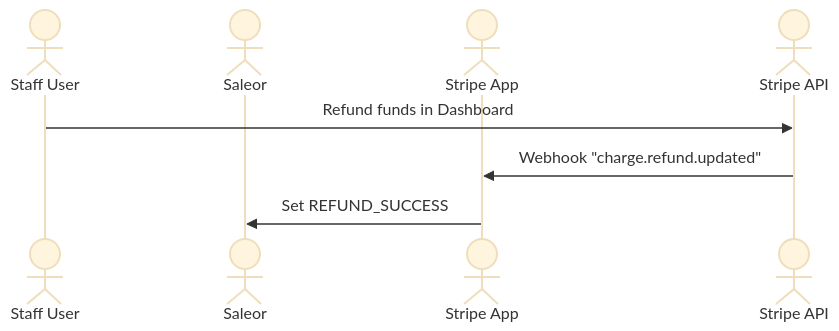
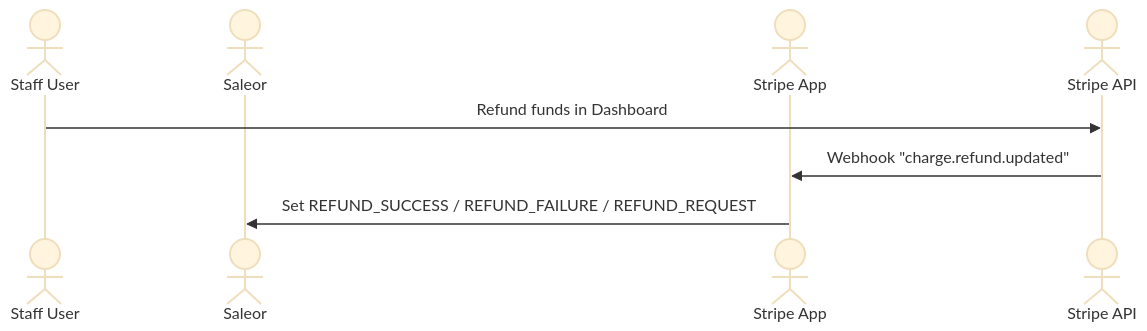
One commit to saleor/saleor-docs changed the tenth of 10 diagrams in docs/developer/app-store/apps/stripe/architecture.mdx. Above: the diagram before and after it, drawn with Mermaid (base theme). The commit also changed other lines of this file and 1 other file, not shown here.

Commit message:
update diagrams

````diff
--- a/docs/developer/app-store/apps/stripe/architecture.mdx
+++ b/docs/developer/app-store/apps/stripe/architecture.mdx
@@ -290,14 +292,14 @@
 ```mermaid
 
 sequenceDiagram
     %% actor Storefront
     actor Staff User
     actor Saleor
     actor Stripe App
     actor Stripe API
 
     Staff User->>Stripe API: Refund funds in Dashboard
     Stripe API ->> Stripe App: Webhook "charge.refund.updated"
-    Stripe App ->> Saleor: Set REFUND_SUCCESS
+    Stripe App ->> Saleor: Set REFUND_SUCCESS / REFUND_FAILURE / REFUND_REQUEST
 
 ```
````
